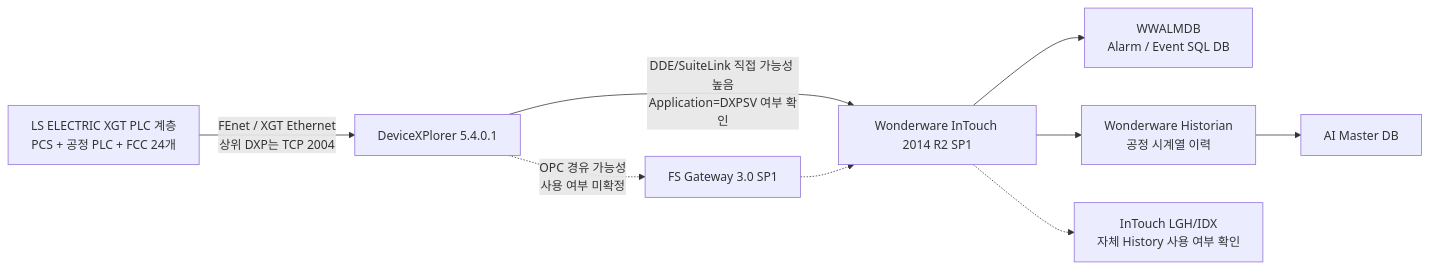
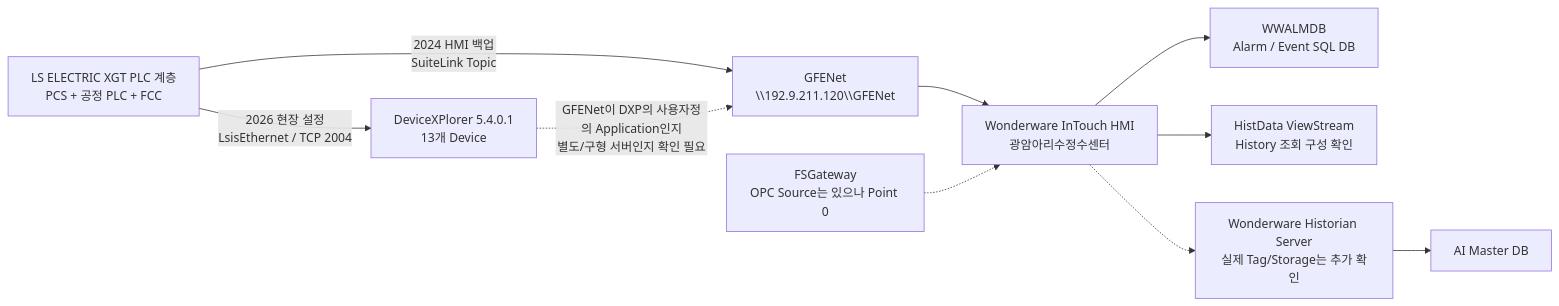
One commit to hori5000/Rulmera-OPA changed the diagram in 20-Water-AI/광암/00-광암-홈.md. Above: the diagram before and after it, drawn with Mermaid. The commit also changed other lines of this file and 169 other files, not shown here.

````diff
--- a/20-Water-AI/광암/00-광암-홈.md
+++ b/20-Water-AI/광암/00-광암-홈.md
@@ -29,11 +33,12 @@
 ```mermaid
 flowchart LR
-    PLC["LS ELECTRIC XGT PLC 계층<br/>PCS + 공정 PLC + FCC 24개"] -->|"FEnet / XGT Ethernet<br/>상위 DXP는 TCP 2004"| DXP["DeviceXPlorer 5.4.0.1"]
-    DXP -->|"DDE/SuiteLink 직접 가능성 높음<br/>Application=DXPSV 여부 확인"| IT["Wonderware InTouch 2014 R2 SP1"]
-    DXP -.->|"OPC 경유 가능성<br/>사용 여부 미확정"| FSG["FS Gateway 3.0 SP1"]
-    FSG -.-> IT
+    PLC["LS ELECTRIC XGT PLC 계층<br/>PCS + 공정 PLC + FCC"] -->|"2026 현장 설정<br/>LsisEthernet / TCP 2004"| DXP["DeviceXPlorer 5.4.0.1<br/>13개 Device"]
+    PLC -->|"2024 HMI 백업<br/>SuiteLink Topic"| GF["GFENet<br/>\\192.9.211.120\\GFENet"]
+    DXP -.->|"GFENet이 DXP의 사용자정의 Application인지<br/>별도/구형 서버인지 확인 필요"| GF
+    GF --> IT["Wonderware InTouch HMI<br/>광암아리수정수센터"]
+    FSG["FSGateway<br/>OPC Source는 있으나 Point 0"] -.-> IT
     IT --> ALM["WWALMDB<br/>Alarm / Event SQL DB"]
-    IT --> HIST["Wonderware Historian<br/>공정 시계열 이력"]
-    IT -.-> LGH["InTouch LGH/IDX<br/>자체 History 사용 여부 확인"]
+    IT --> HD["HistData ViewStream<br/>History 조회 구성 확인"]
+    IT -.-> HIST["Wonderware Historian Server<br/>실제 Tag/Storage는 추가 확인"]
     HIST --> MASTER["AI Master DB"]
 ```
````
